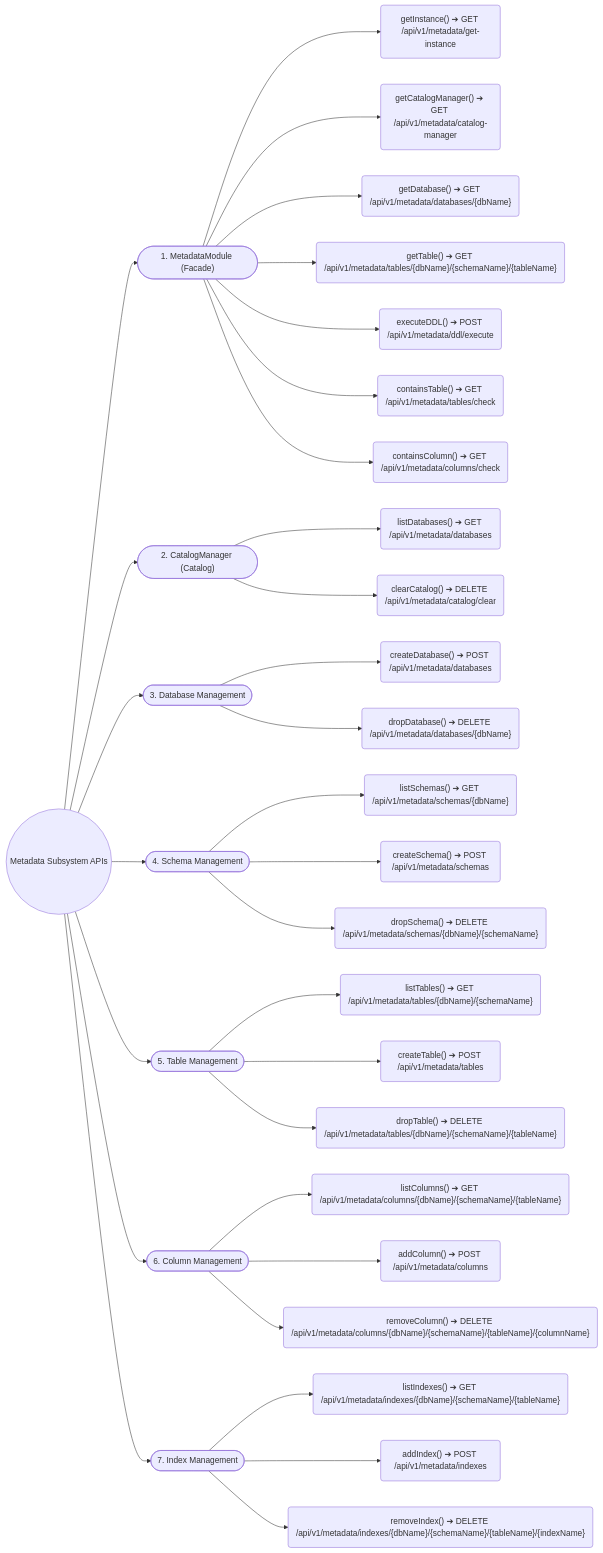
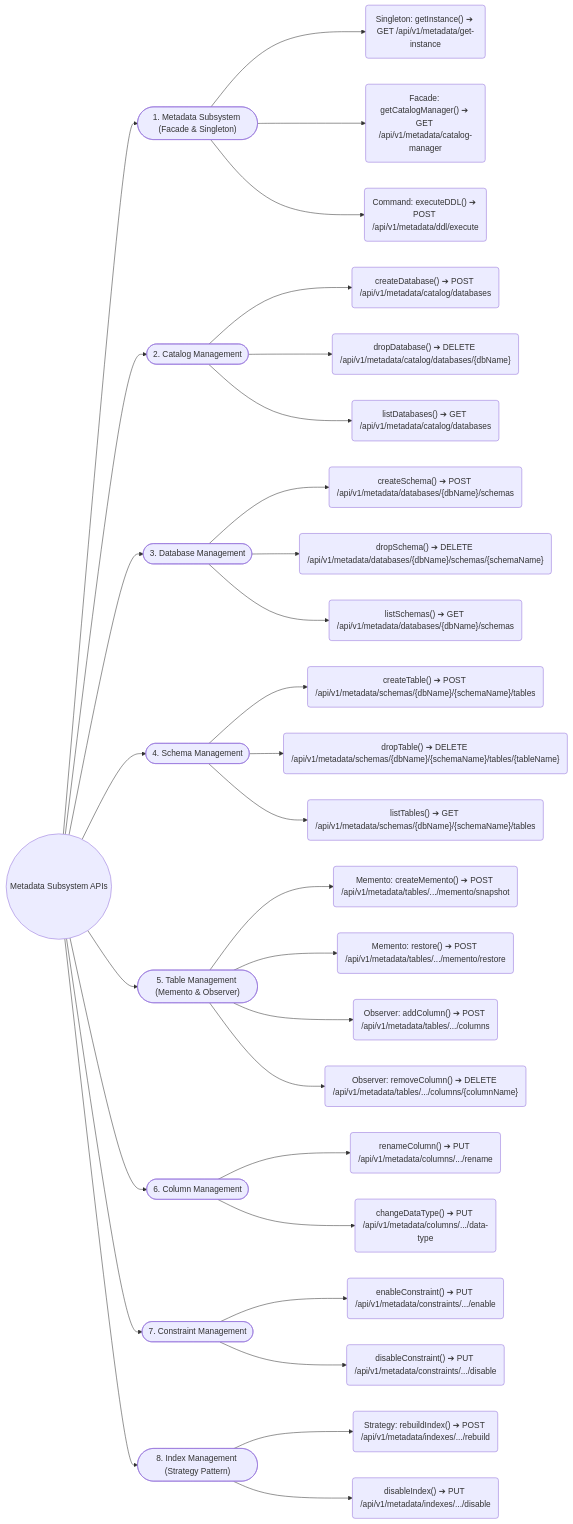
Before and after one commit to Dikhang1112/Database_Management_BBV: the diagram in DBMS/Mindmap/API_Implement/README.md, drawn with Mermaid. The commit also changed other lines of this file and 20 other files, not shown here.

````diff
--- a/DBMS/Mindmap/API_Implement/README.md
+++ b/DBMS/Mindmap/API_Implement/README.md
@@ -11,74 +9,79 @@
 ```mermaid
 flowchart LR
     Root(("Metadata Subsystem APIs"))
 
     %% =====================================================
-    %% Subsystem Categories
+    %% Subsystem Categories (8 Domains)
     %% =====================================================
-    CatFacade(["1. MetadataModule (Facade)"])
-    CatCatalog(["2. CatalogManager (Catalog)"])
+    CatFacade(["1. Metadata Subsystem (Facade & Singleton)"])
+    CatCatalog(["2. Catalog Management"])
     CatDatabase(["3. Database Management"])
     CatSchema(["4. Schema Management"])
-    CatTable(["5. Table Management"])
+    CatTable(["5. Table Management (Memento & Observer)"])
     CatColumn(["6. Column Management"])
-    CatIndex(["7. Index Management"])
+    CatConstraint(["7. Constraint Management"])
+    CatIndex(["8. Index Management (Strategy Pattern)"])
 
     Root --> CatFacade
     Root --> CatCatalog
     Root --> CatDatabase
     Root --> CatSchema
     Root --> CatTable
     Root --> CatColumn
+    Root --> CatConstraint
     Root --> CatIndex
 
     %% =====================================================
-    %% 1. MetadataModule Facade APIs
+    %% 1. Facade & Singleton APIs
     %% =====================================================
-    CatFacade --> F1("getInstance() ➔ GET /api/v1/metadata/get-instance")
-    CatFacade --> F2("getCatalogManager() ➔ GET /api/v1/metadata/catalog-manager")
-    CatFacade --> F3("getDatabase() ➔ GET /api/v1/metadata/databases/{dbName}")
-    CatFacade --> F4("getTable() ➔ GET /api/v1/metadata/tables/{dbName}/{schemaName}/{tableName}")
-    CatFacade --> F5("executeDDL() ➔ POST /api/v1/metadata/ddl/execute")
-    CatFacade --> F6("containsTable() ➔ GET /api/v1/metadata/tables/check")
-    CatFacade --> F7("containsColumn() ➔ GET /api/v1/metadata/columns/check")
+    CatFacade --> F1("Singleton: getInstance() ➔ GET /api/v1/metadata/get-instance")
+    CatFacade --> F2("Facade: getCatalogManager() ➔ GET /api/v1/metadata/catalog-manager")
+    CatFacade --> F3("Command: executeDDL() ➔ POST /api/v1/metadata/ddl/execute")
 
     %% =====================================================
-    %% 2. CatalogManager APIs
+    %% 2. Catalog Management APIs
     %% =====================================================
-    CatCatalog --> C1("listDatabases() ➔ GET /api/v1/metadata/databases")
-    CatCatalog --> C2("clearCatalog() ➔ DELETE /api/v1/metadata/catalog/clear")
+    CatCatalog --> C1("createDatabase() ➔ POST /api/v1/metadata/catalog/databases")
+    CatCatalog --> C2("dropDatabase() ➔ DELETE /api/v1/metadata/catalog/databases/{dbName}")
+    CatCatalog --> C3("listDatabases() ➔ GET /api/v1/metadata/catalog/databases")
 
     %% =====================================================
-    %% 3. Database Operations
+    %% 3. Database Management APIs
     %% =====================================================
-    CatDatabase --> D1("createDatabase() ➔ POST /api/v1/metadata/databases")
-    CatDatabase --> D2("dropDatabase() ➔ DELETE /api/v1/metadata/databases/{dbName}")
+    CatDatabase --> D1("createSchema() ➔ POST /api/v1/metadata/databases/{dbName}/schemas")
+    CatDatabase --> D2("dropSchema() ➔ DELETE /api/v1/metadata/databases/{dbName}/schemas/{schemaName}")
+    CatDatabase --> D3("listSchemas() ➔ GET /api/v1/metadata/databases/{dbName}/schemas")
 
     %% =====================================================
-    %% 4. Schema Operations
+    %% 4. Schema Management APIs
     %% =====================================================
-    CatSchema --> S1("listSchemas() ➔ GET /api/v1/metadata/schemas/{dbName}")
-    CatSchema --> S2("createSchema() ➔ POST /api/v1/metadata/schemas")
-    CatSchema --> S3("dropSchema() ➔ DELETE /api/v1/metadata/schemas/{dbName}/{schemaName}")
+    CatSchema --> S1("createTable() ➔ POST /api/v1/metadata/schemas/{dbName}/{schemaName}/tables")
+    CatSchema --> S2("dropTable() ➔ DELETE /api/v1/metadata/schemas/{dbName}/{schemaName}/tables/{tableName}")
+    CatSchema --> S3("listTables() ➔ GET /api/v1/metadata/schemas/{dbName}/{schemaName}/tables")
 
     %% =====================================================
-    %% 5. Table Operations
+    %% 5. Table Management APIs (Memento & Observer)
     %% =====================================================
-    CatTable --> T1("listTables() ➔ GET /api/v1/metadata/tables/{dbName}/{schemaName}")
-    CatTable --> T2("createTable() ➔ POST /api/v1/metadata/tables")
-    CatTable --> T3("dropTable() ➔ DELETE /api/v1/metadata/tables/{dbName}/{schemaName}/{tableName}")
+    CatTable --> T1("Memento: createMemento() ➔ POST /api/v1/metadata/tables/.../memento/snapshot")
+    CatTable --> T2("Memento: restore() ➔ POST /api/v1/metadata/tables/.../memento/restore")
+    CatTable --> T3("Observer: addColumn() ➔ POST /api/v1/metadata/tables/.../columns")
+    CatTable --> T4("Observer: removeColumn() ➔ DELETE /api/v1/metadata/tables/.../columns/{columnName}")
 
     %% =====================================================
-    %% 6. Column Operations
+    %% 6. Column Management APIs
     %% =====================================================
-    CatColumn --> CL1("listColumns() ➔ GET /api/v1/metadata/columns/{dbName}/{schemaName}/{tableName}")
-    CatColumn --> CL2("addColumn() ➔ POST /api/v1/metadata/columns")
-    CatColumn --> CL3("removeColumn() ➔ DELETE /api/v1/metadata/columns/{dbName}/{schemaName}/{tableName}/{columnName}")
+    CatColumn --> CL1("renameColumn() ➔ PUT /api/v1/metadata/columns/.../rename")
+    CatColumn --> CL2("changeDataType() ➔ PUT /api/v1/metadata/columns/.../data-type")
 
     %% =====================================================
-    %% 7. Index Operations
+    %% 7. Constraint Management APIs
     %% =====================================================
-    CatIndex --> I1("listIndexes() ➔ GET /api/v1/metadata/indexes/{dbName}/{schemaName}/{tableName}")
-    CatIndex --> I2("addIndex() ➔ POST /api/v1/metadata/indexes")
-    CatIndex --> I3("removeIndex() ➔ DELETE /api/v1/metadata/indexes/{dbName}/{schemaName}/{tableName}/{indexName}")
+    CatConstraint --> CT1("enableConstraint() ➔ PUT /api/v1/metadata/constraints/.../enable")
+    CatConstraint --> CT2("disableConstraint() ➔ PUT /api/v1/metadata/constraints/.../disable")
+
+    %% =====================================================
+    %% 8. Index Management APIs (Strategy Pattern)
+    %% =====================================================
+    CatIndex --> I1("Strategy: rebuildIndex() ➔ POST /api/v1/metadata/indexes/.../rebuild")
+    CatIndex --> I2("disableIndex() ➔ PUT /api/v1/metadata/indexes/.../disable")
 ```
````
